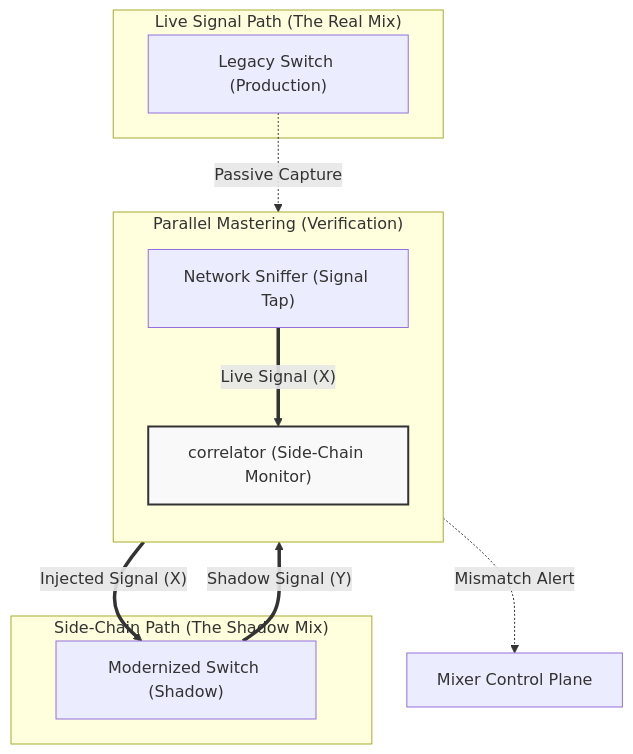
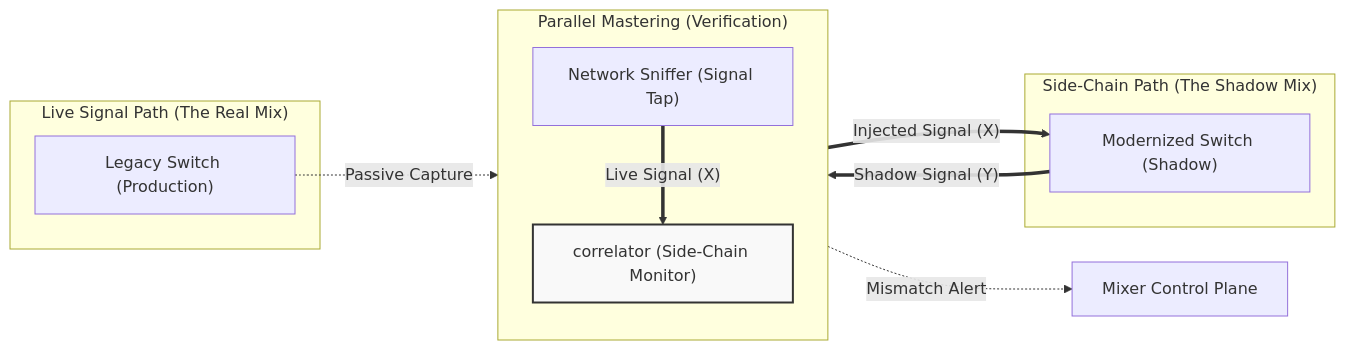
Before and after one commit to fluxrig/website: the diagram in docs/reference/gears/correlator.md, drawn with Mermaid. The commit also changed other lines of this file and 38 other files, not shown here.

````diff
--- a/docs/reference/gears/correlator.md
+++ b/docs/reference/gears/correlator.md
@@ -42,27 +42,27 @@
 ```mermaid
-graph TD
+graph LR
     subgraph "Live Signal Path (The Real Mix)"
         Legacy["Legacy Switch (Production)"]
     end
     
     subgraph "Side-Chain Path (The Shadow Mix)"
         Modern["Modernized Switch (Shadow)"]
     end
 
     subgraph "Parallel Mastering (Verification)"
         direction TB
         Sniffer["Network Sniffer (Signal Tap)"]
         Correlator["correlator (Side-Chain Monitor)"]
     end
 
     %% Signal Flow
     Legacy -.->|Passive Capture| Sniffer
     Sniffer == "Live Signal (X)" ==> Correlator
     Correlator == "Injected Signal (X)" ==> Modern
     Modern == "Shadow Signal (Y)" ==> Correlator
     
     Correlator -.->|Mismatch Alert| Mixer["Mixer Control Plane"]
 
     classDef gear fill:#f9f9f9,stroke:#333,stroke-width:2px;
     class Correlator gear;
 ```
````
